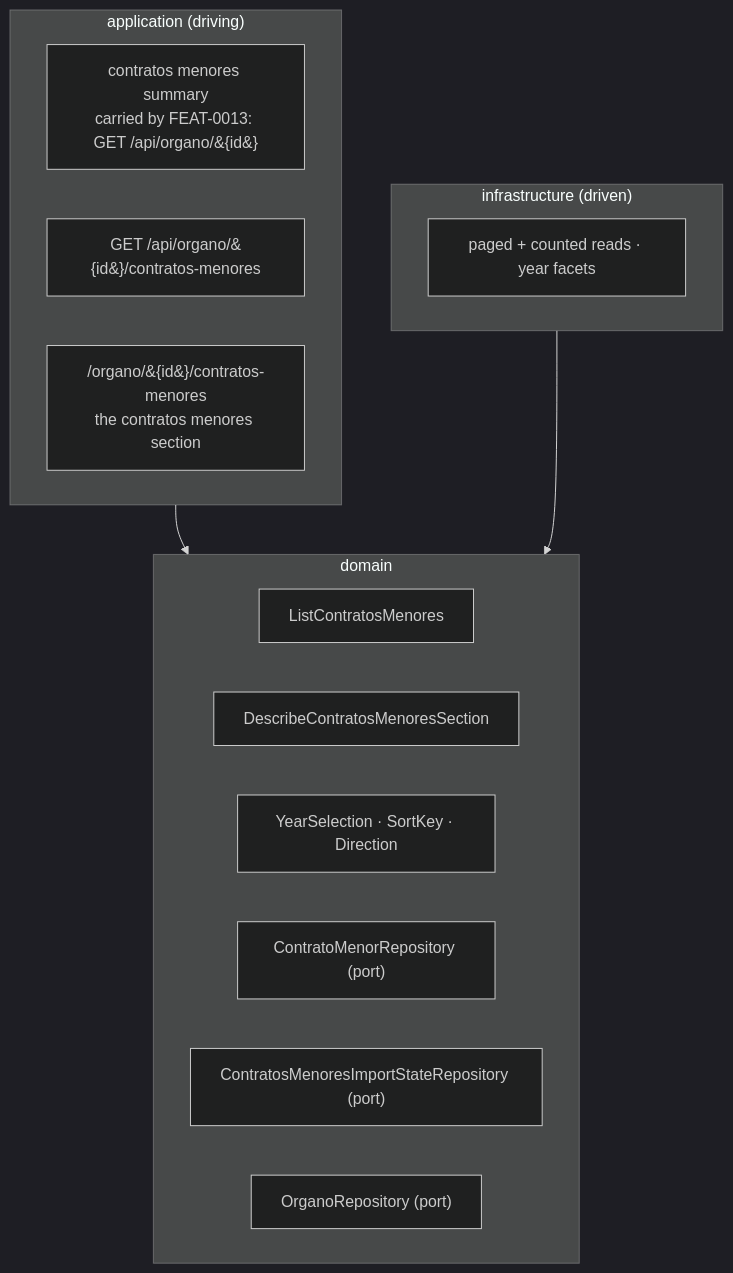
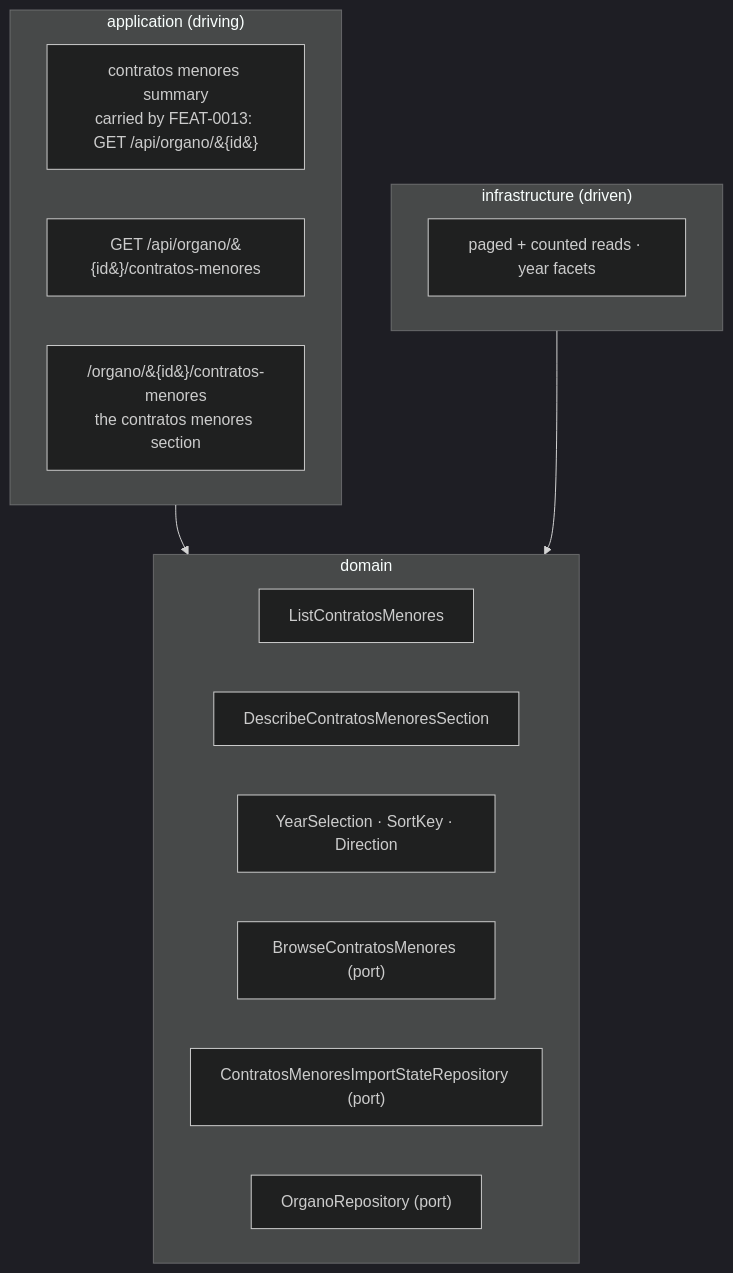
Before and after one commit to earelin/conxugal: the diagram in docs/features/FEAT-0011-contratos-menores-browsing/README.md, drawn with Mermaid (dark theme). The commit also changed other lines of this file and 15 other files, not shown here.

````diff
--- a/docs/features/FEAT-0011-contratos-menores-browsing/README.md
+++ b/docs/features/FEAT-0011-contratos-menores-browsing/README.md
@@ -137,24 +137,24 @@
 ```mermaid
 flowchart TB
     subgraph application["application (driving)"]
         direction LR
         summaryPort["contratos menores summary<br/>carried by FEAT-0013: GET /api/organo/&#123;id&#125;"]
         listApi["GET /api/organo/&#123;id&#125;/contratos-menores"]
         sectionUi["/organo/&#123;id&#125;/contratos-menores<br/>the contratos menores section"]
     end
     subgraph domain["domain"]
         direction LR
         listUc["ListContratosMenores"]
         resumoUc["DescribeContratosMenoresSection"]
         selection["YearSelection · SortKey · Direction"]
-        contratoRepo["ContratoMenorRepository (port)"]
+        contratoRepo["BrowseContratosMenores (port)"]
         stateRepo["ContratosMenoresImportStateRepository (port)"]
         organoRepo["OrganoRepository (port)"]
     end
     subgraph infrastructure["infrastructure (driven)"]
         direction LR
         jdbcReads["paged + counted reads · year facets"]
     end
     application --> domain
     infrastructure --> domain
 ```
````
